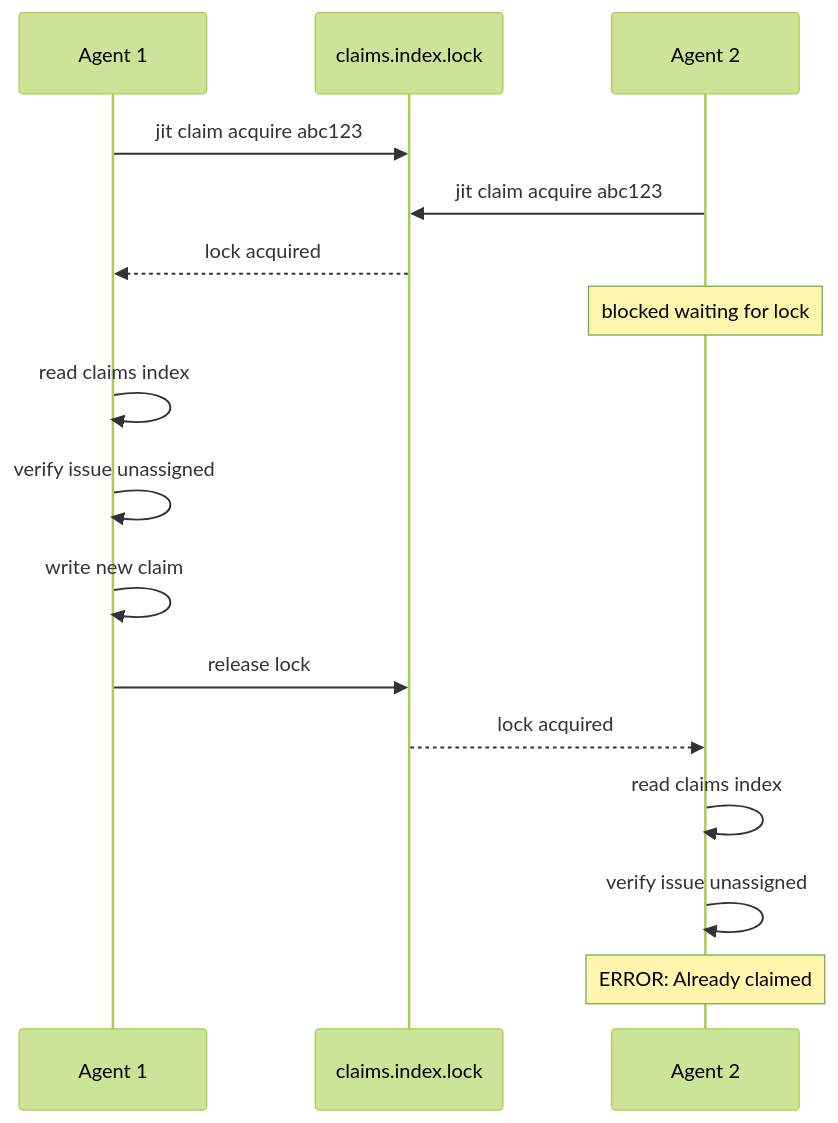
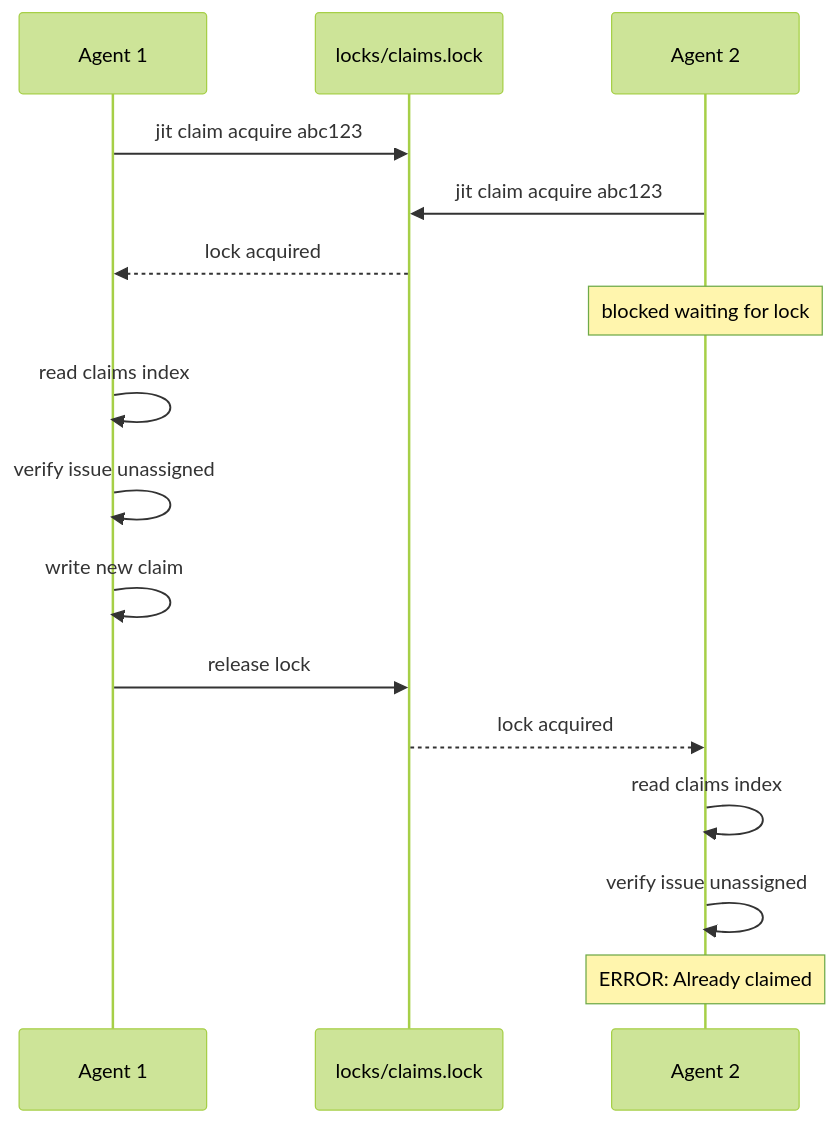
The diagram in docs/concepts/guarantees.md (erankavija/just-in-time), drawn with Mermaid (forest theme) before and after one commit. The commit also changed other lines of this file and 7 other files, not shown here.

````diff
--- a/docs/concepts/guarantees.md
+++ b/docs/concepts/guarantees.md
@@ -92,18 +92,18 @@
 ```mermaid
 sequenceDiagram
     participant A1 as Agent 1
-    participant L as claims.index.lock
+    participant L as locks/claims.lock
     participant A2 as Agent 2
     A1->>L: jit claim acquire abc123
     A2->>L: jit claim acquire abc123
     L-->>A1: lock acquired
     Note over A2: blocked waiting for lock
     A1->>A1: read claims index
     A1->>A1: verify issue unassigned
     A1->>A1: write new claim
     A1->>L: release lock
     L-->>A2: lock acquired
     A2->>A2: read claims index
     A2->>A2: verify issue unassigned
     Note over A2: ERROR: Already claimed
 ```
````
